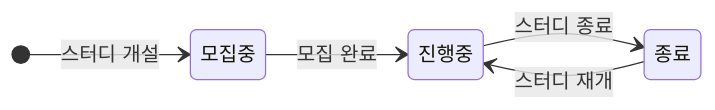
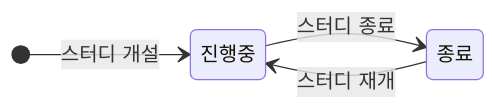
One commit to Nubblee/Nubble-docs changed the second of 5 diagrams in domain/study.md. Above: the diagram before and after it, drawn with Mermaid. The commit also changed other lines of this file and 2 other files, not shown here.

First line of the commit message:
스터디 모집 상태 제거

````diff
--- a/domain/study.md
+++ b/domain/study.md
@@ -30,8 +30,7 @@
 ```mermaid
 stateDiagram-v2
 direction LR
-    [*] --> 모집중: 스터디 개설
-    모집중 --> 진행중: 모집 완료
+    [*] --> 진행중: 스터디 개설
     진행중 --> 종료: 스터디 종료
     종료 --> 진행중: 스터디 재개
 ```
````
